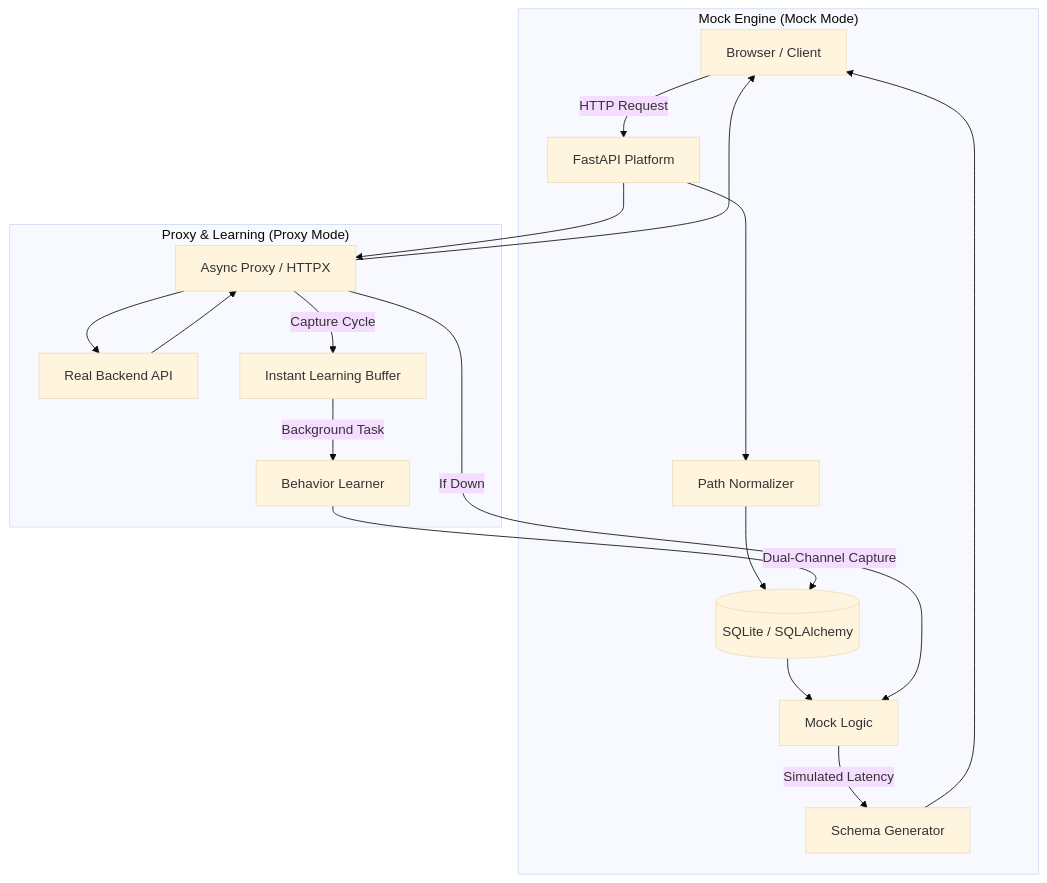
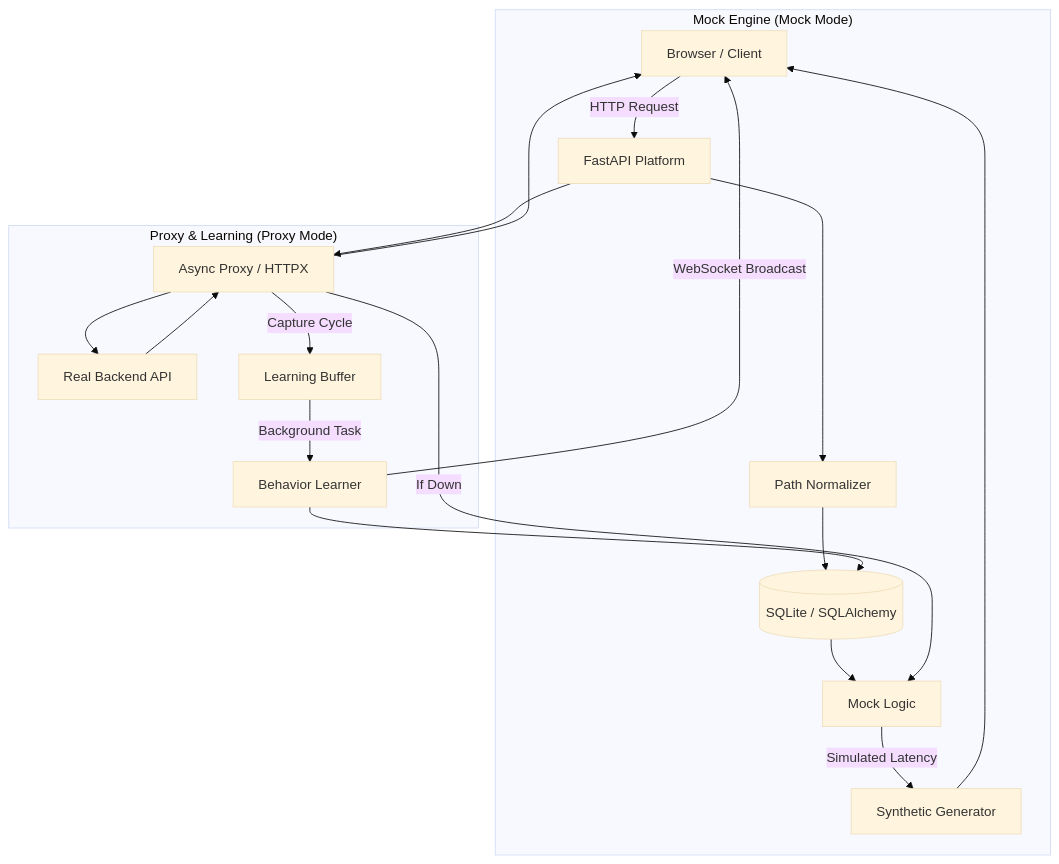
The diagram in README.md (Prathamesh-Udoshi/intelligent-adaptive-mock), drawn with Mermaid (base theme) before and after one commit. The commit also changed other lines of this file and 4 other files, not shown here.

````diff
--- a/README.md
+++ b/README.md
@@ -40,23 +75,24 @@
 ```mermaid
 graph TD
     Client[Browser / Client] -->|HTTP Request| Server[FastAPI Platform]
     
     subgraph "Mock Engine (Mock Mode)"
         Server --> Norm[Path Normalizer]
         Norm --> DB[(SQLite / SQLAlchemy)]
         DB --> Logic[Mock Logic]
-        Logic -->|Simulated Latency| Gen[Schema Generator]
+        Logic -->|Simulated Latency| Gen[Synthetic Generator]
         Gen --> Client
     end
     
     subgraph "Proxy & Learning (Proxy Mode)"
         Server --> Proxy[Async Proxy / HTTPX]
         Proxy --> Target[Real Backend API]
         Target --> Proxy
-        Proxy -->|Capture Cycle| Buffer[Instant Learning Buffer]
+        Proxy -->|Capture Cycle| Buffer[Learning Buffer]
         Proxy -->|If Down| Logic
         Buffer -->|Background Task| Learner[Behavior Learner]
-        Learner -->|Dual-Channel Capture| DB
+        Learner -->|WebSocket Broadcast| Client
+        Learner --> DB
         Proxy --> Client
     end
 ```
````
